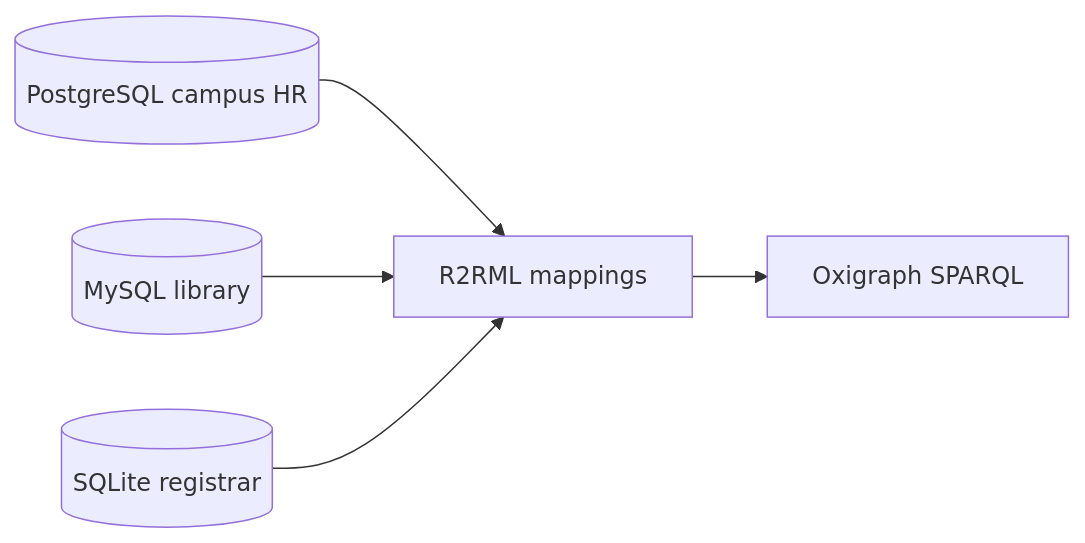
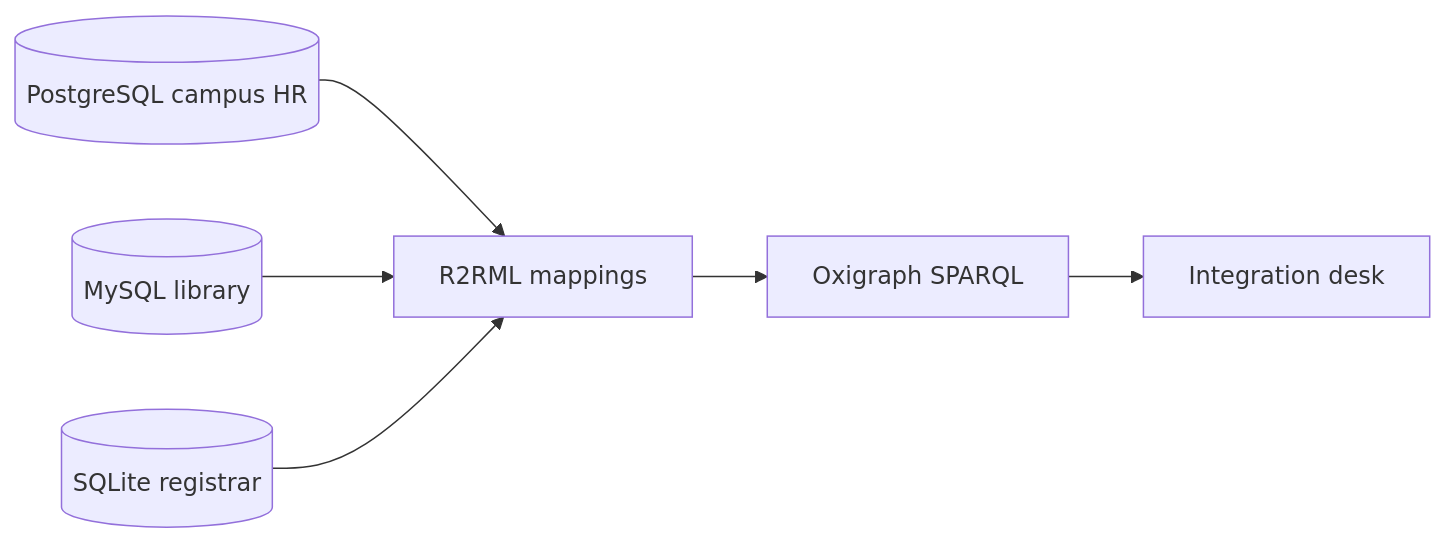
The diagram in README.md (sadnanalmanir/Rel2KG), drawn with Mermaid before and after one commit. The commit also changed other lines of this file and 20 other files, not shown here.

First line of the commit message:
Add the integration desk UI over SPARQL

````diff
--- a/README.md
+++ b/README.md
@@ -43,12 +43,14 @@
 ```mermaid
 flowchart LR
   PG[(PostgreSQL campus HR)]
   MY[(MySQL library)]
   SL[(SQLite registrar)]
   MAP[R2RML mappings]
   OX[Oxigraph SPARQL]
+  DESK[Integration desk]
   PG --> MAP
   MY --> MAP
   SL --> MAP
   MAP --> OX
+  OX --> DESK
 ```
````
